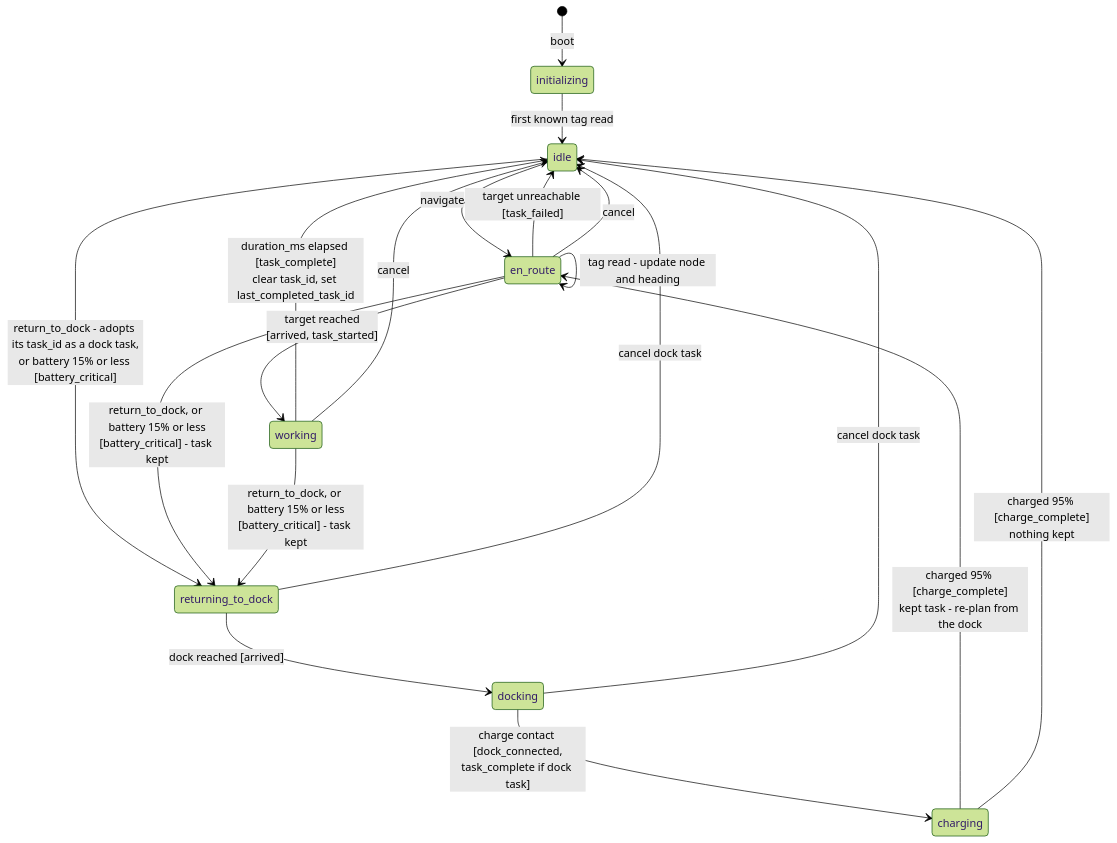
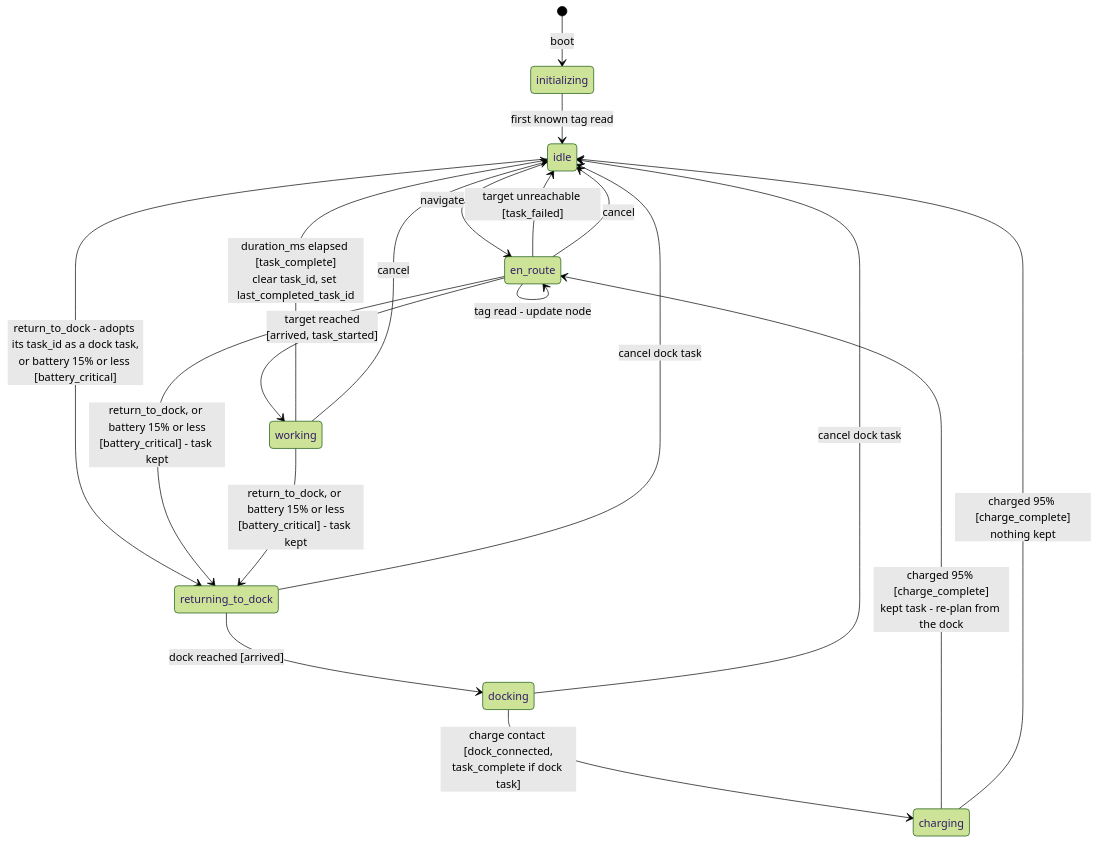
One commit to Ca1eb9/verdant-os changed the first of 2 diagrams in firmware/esp32/docs/state-machine.md. Above: the diagram before and after it, drawn with Mermaid (forest theme). The commit also changed other lines of this file and 22 other files, not shown here.

````diff
--- a/firmware/esp32/docs/state-machine.md
+++ b/firmware/esp32/docs/state-machine.md
@@ -13,24 +13,24 @@
 ```mermaid
 stateDiagram-v2
     [*] --> initializing : boot
 
     initializing --> idle : first known tag read
 
     idle --> en_route : navigate
-    en_route --> en_route : tag read - update node and heading
+    en_route --> en_route : tag read - update node
     en_route --> working : target reached<br/>[arrived, task_started]
     working --> idle : duration_ms elapsed [task_complete]<br/>clear task_id, set last_completed_task_id
     en_route --> idle : target unreachable [task_failed]
     en_route --> idle : cancel
     working --> idle : cancel
 
     idle --> returning_to_dock : return_to_dock - adopts its task_id as a dock task,<br/>or battery 15% or less [battery_critical]
     en_route --> returning_to_dock : return_to_dock, or battery 15% or less<br/>[battery_critical] - task kept
     working --> returning_to_dock : return_to_dock, or battery 15% or less<br/>[battery_critical] - task kept
     returning_to_dock --> docking : dock reached [arrived]
     docking --> charging : charge contact [dock_connected,<br/>task_complete if dock task]
     returning_to_dock --> idle : cancel dock task
     docking --> idle : cancel dock task
     charging --> en_route : charged 95% [charge_complete]<br/>kept task - re-plan from the dock
     charging --> idle : charged 95% [charge_complete]<br/>nothing kept
 ```
````
